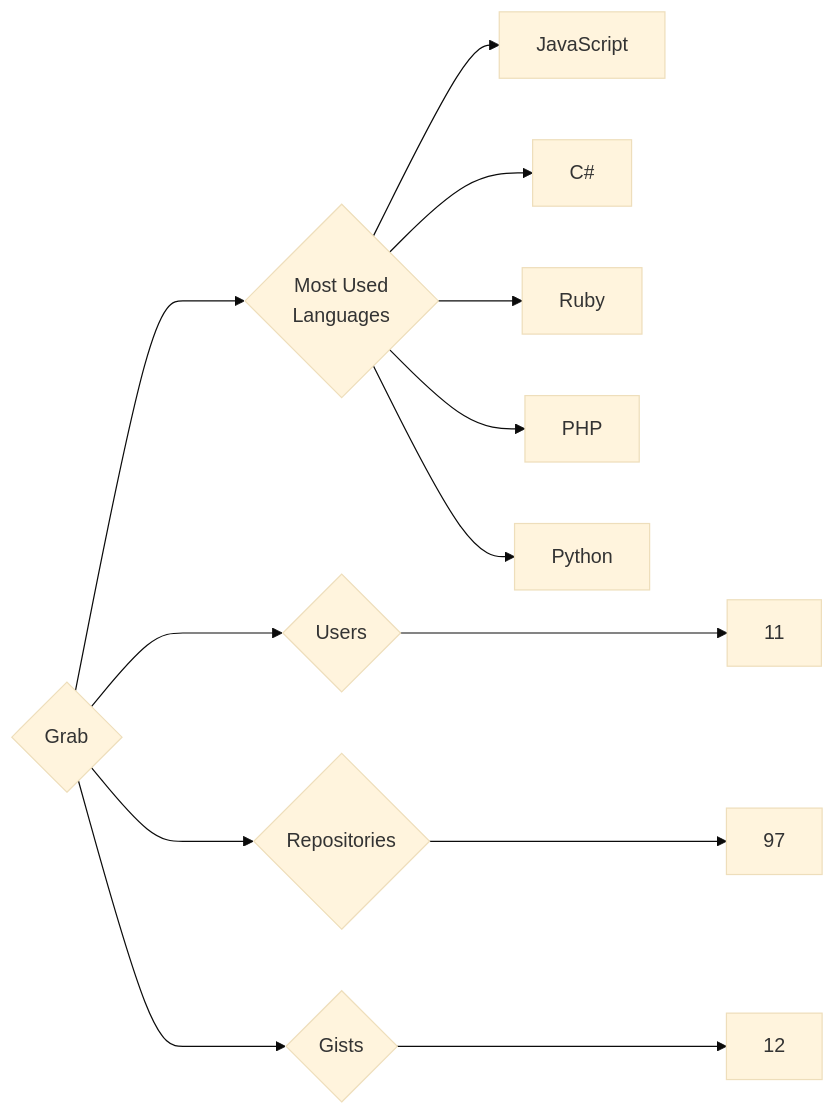
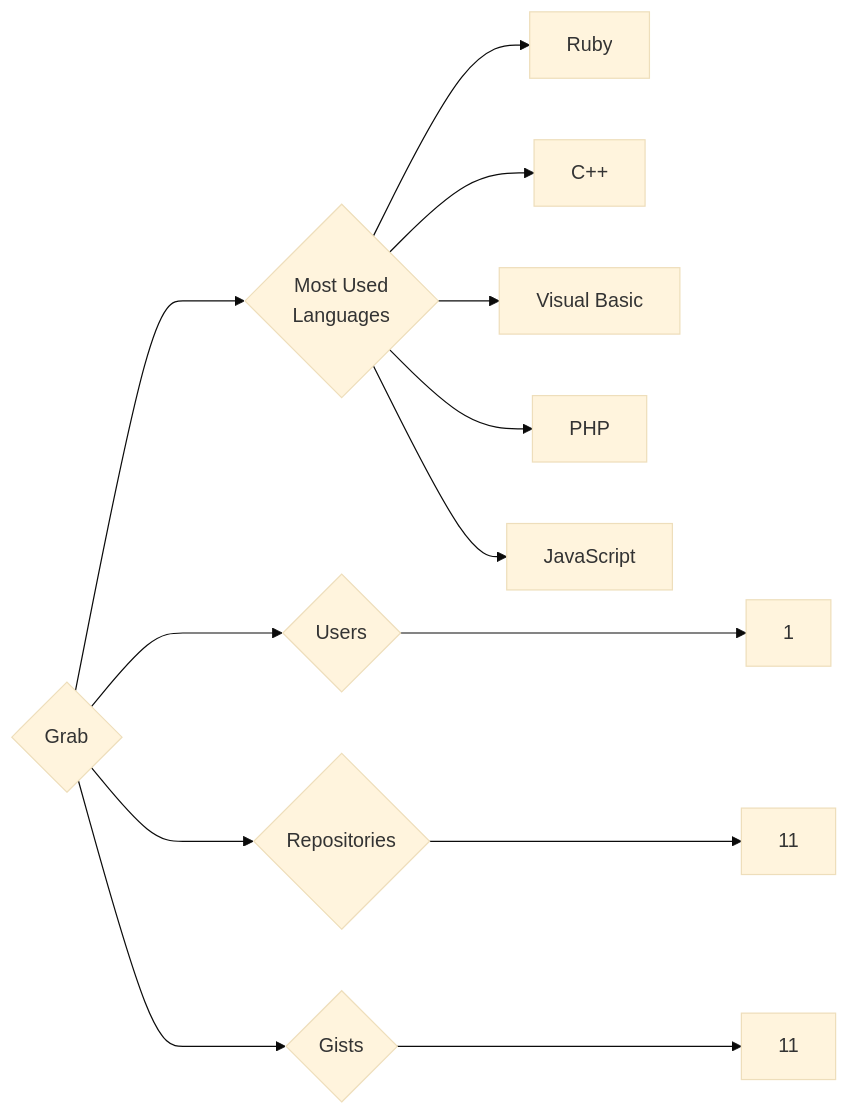
One commit to trickest/insiders changed the diagram in targets/Grab/README.md. Above: the diagram before and after it, drawn with Mermaid (base theme). The commit also changed 823 other files, not shown here.

````diff
--- a/targets/Grab/README.md
+++ b/targets/Grab/README.md
@@ -3,13 +3,13 @@
 ```mermaid
 graph LR
 COMPANY_NAME{Grab}
-COMPANY_NAME ---> U{Users} ---> UN[11]
-COMPANY_NAME ---> R{Repositories} ---> RN[97]
-COMPANY_NAME ---> G{Gists} ---> GN[12]
+COMPANY_NAME ---> U{Users} ---> UN[1]
+COMPANY_NAME ---> R{Repositories} ---> RN[11]
+COMPANY_NAME ---> G{Gists} ---> GN[11]
 COMPANY_NAME ---> ML{Most Used<br>Languages}
+ML --> Ruby[Ruby]
+ML --> C++[C++]
+ML --> Visual_Basic[Visual Basic]
+ML --> PHP[PHP]
 ML --> JavaScript[JavaScript]
-ML --> C#[C#]
-ML --> Ruby[Ruby]
-ML --> PHP[PHP]
-ML --> Python[Python]
 ```
````
